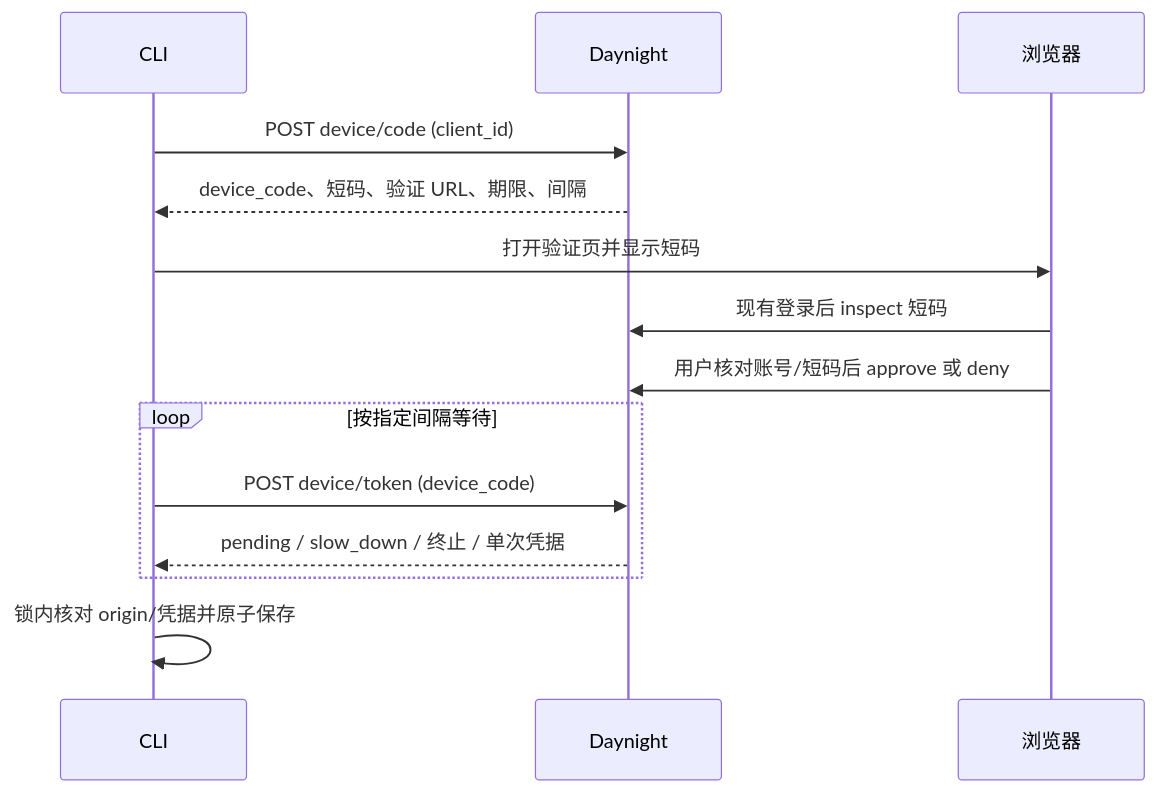
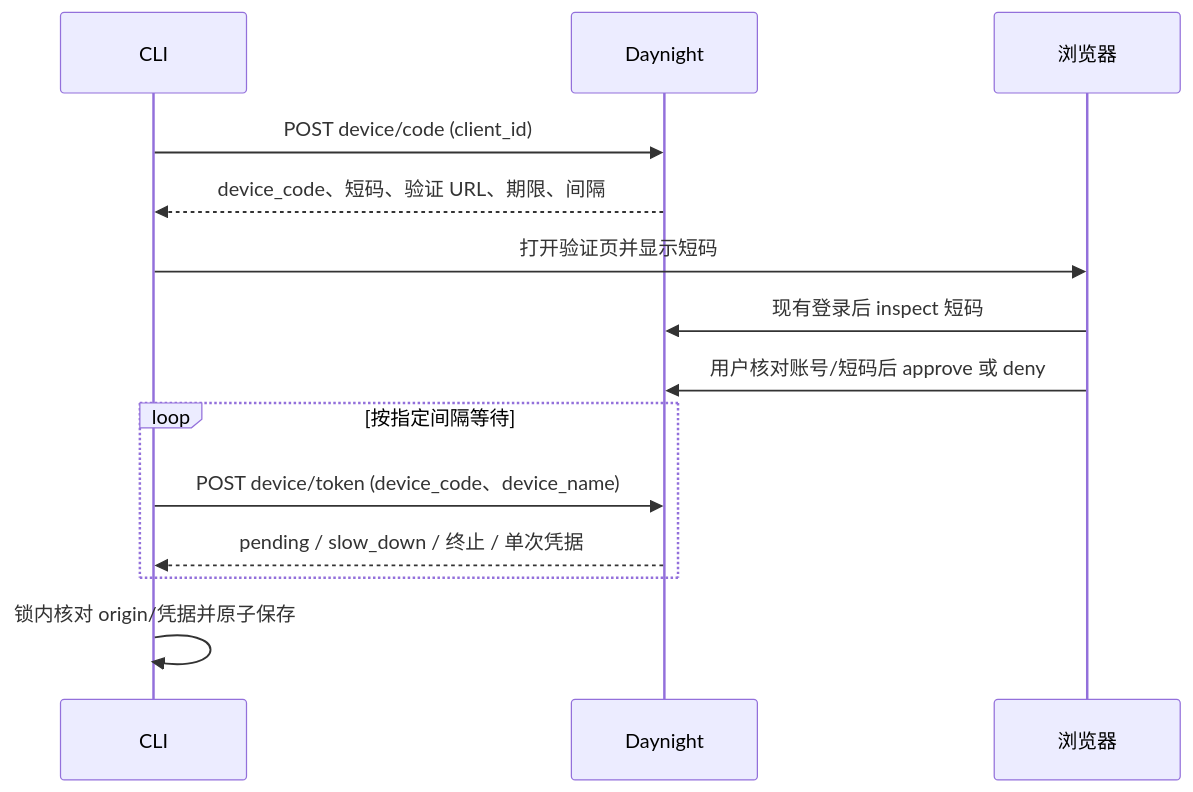
One commit to codetreker/daynight changed the second of 2 diagrams in docs/design/daynight-auth.md. Above: the diagram before and after it, drawn with Mermaid. The commit also changed other lines of this file and 14 other files, not shown here.

````diff
--- a/docs/design/daynight-auth.md
+++ b/docs/design/daynight-auth.md
@@ -291,16 +291,16 @@
 ```mermaid
 sequenceDiagram
     participant C as CLI
     participant D as Daynight
     participant B as 浏览器
     C->>D: POST device/code (client_id)
     D-->>C: device_code、短码、验证 URL、期限、间隔
     C->>B: 打开验证页并显示短码
     B->>D: 现有登录后 inspect 短码
     B->>D: 用户核对账号/短码后 approve 或 deny
     loop 按指定间隔等待
-        C->>D: POST device/token (device_code)
+        C->>D: POST device/token (device_code、device_name)
         D-->>C: pending / slow_down / 终止 / 单次凭据
     end
     C->>C: 锁内核对 origin/凭据并原子保存
 ```
````
